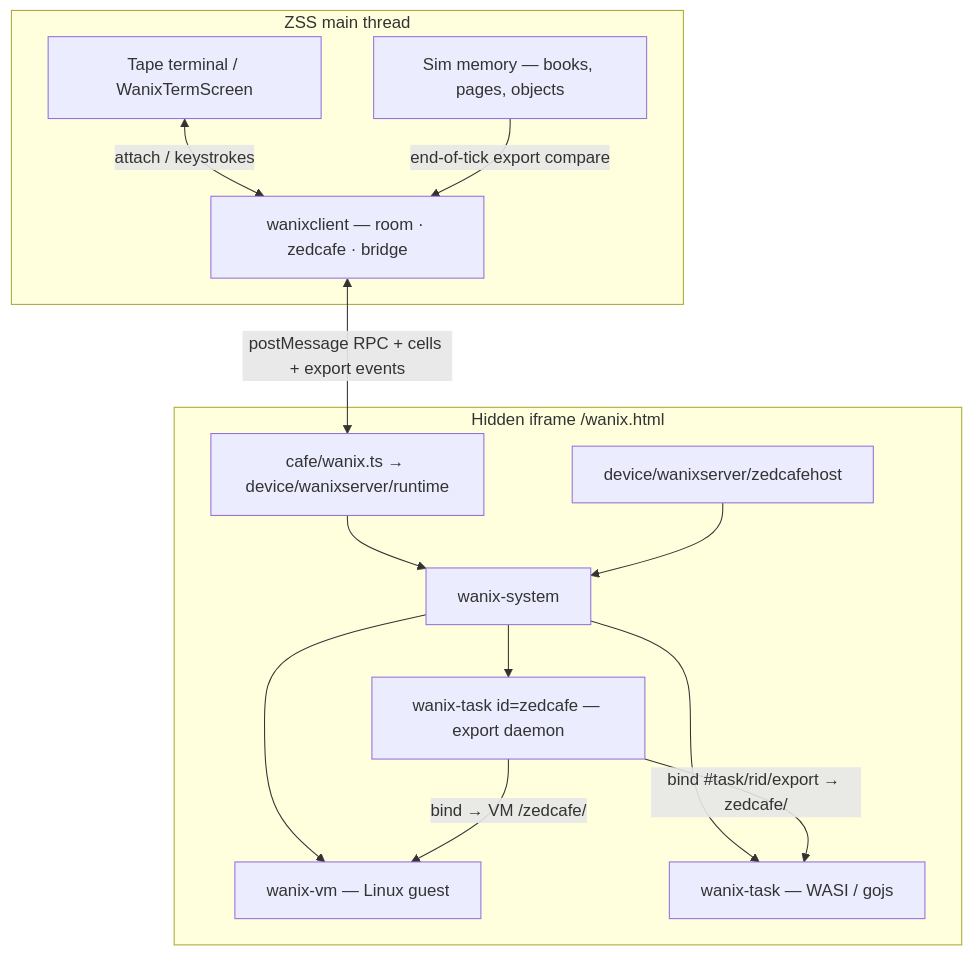
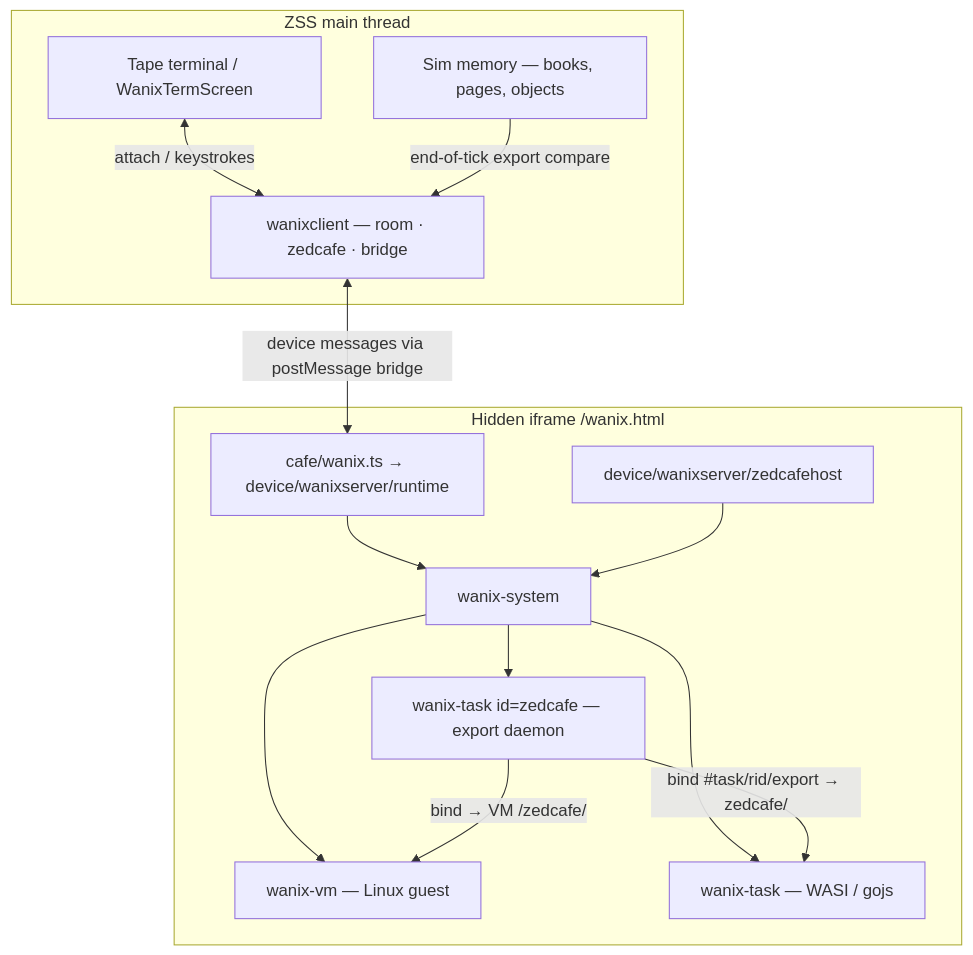
The first of 9 diagrams in zss/feature/wanix/README.md (goldbuick/zed-software-system), drawn with Mermaid before and after one commit. The commit also changed other lines of this file and 91 other files, not shown here.

````diff
--- a/zss/feature/wanix/README.md
+++ b/zss/feature/wanix/README.md
@@ -34,25 +34,25 @@
 ```mermaid
 flowchart TB
   subgraph zss_main["ZSS main thread"]
     UI["Tape terminal / WanixTermScreen"]
     Mem["Sim memory — books, pages, objects"]
     Parent["wanixclient — room · zedcafe · bridge"]
     UI <-- attach / keystrokes --> Parent
     Mem -->|"end-of-tick export compare"| Parent
   end
 
   subgraph iframe["Hidden iframe /wanix.html"]
     Cafe["cafe/wanix.ts → device/wanixserver/runtime"]
     Sys["wanix-system"]
     Host["device/wanixserver/zedcafehost"]
     Cafe --> Sys
     Host --> Sys
     Sys --> VM["wanix-vm — Linux guest"]
     Sys --> Tasks["wanix-task — WASI / gojs"]
     Sys --> ZTask["wanix-task id=zedcafe — export daemon"]
   end
 
-  Parent <-->|"postMessage RPC + cells + export events"| Cafe
+  Parent <-->|"device messages via postMessage bridge"| Cafe
   ZTask -->|"bind #task/rid/export → zedcafe/"| Tasks
   ZTask -->|"bind → VM /zedcafe/"| VM
 ```
````
